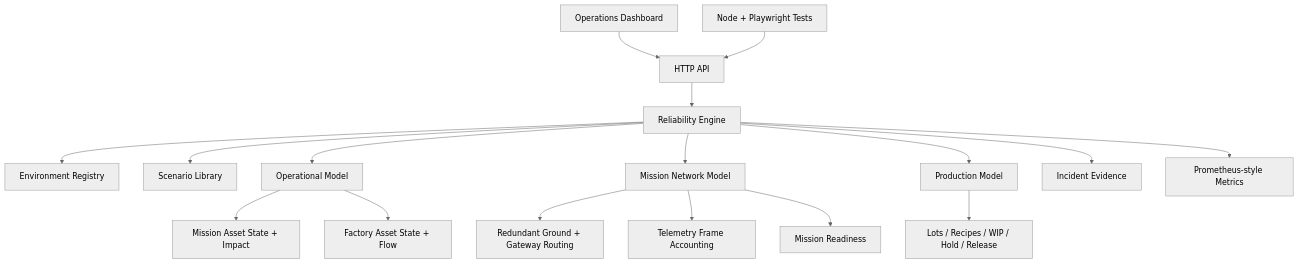
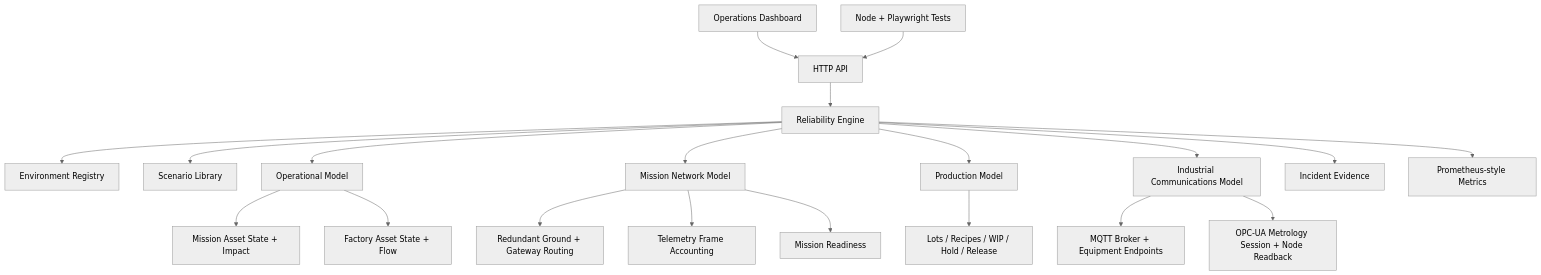
Before and after one commit to Lordkoii/Orbital-Reliability-Lab: the diagram in docs/ARCHITECTURE.md, drawn with Mermaid (neutral theme). The commit also changed other lines of this file, not shown here.

Commit message:
Document v0.6 industrial communications architecture

````diff
--- a/docs/ARCHITECTURE.md
+++ b/docs/ARCHITECTURE.md
@@ -9,19 +9,22 @@
 ```mermaid
 flowchart TB
     UI[Operations Dashboard] --> API[HTTP API]
     TESTS[Node + Playwright Tests] --> API
     API --> CORE[Reliability Engine]
     CORE --> ENV[Environment Registry]
     CORE --> SCENARIOS[Scenario Library]
     CORE --> MODEL[Operational Model]
     CORE --> MISSIONNET[Mission Network Model]
     CORE --> PROD[Production Model]
+    CORE --> COMMS[Industrial Communications Model]
     MODEL --> MISSION[Mission Asset State + Impact]
     MODEL --> FACTORY[Factory Asset State + Flow]
     MISSIONNET --> ROUTES[Redundant Ground + Gateway Routing]
     MISSIONNET --> FRAMES[Telemetry Frame Accounting]
     MISSIONNET --> READY[Mission Readiness]
     PROD --> MES[Lots / Recipes / WIP / Hold / Release]
+    COMMS --> MQTT[MQTT Broker + Equipment Endpoints]
+    COMMS --> OPCUA[OPC-UA Metrology Session + Node Readback]
     CORE --> EVENTS[Incident Evidence]
     CORE --> METRICS[Prometheus-style Metrics]
 ```
````
